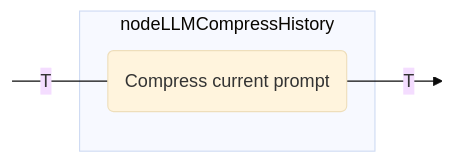
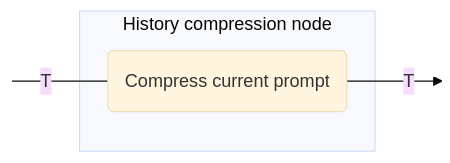
The tenth of 15 diagrams in docs/docs/nodes-and-components.md (JetBrains/koog), drawn with Mermaid (base theme) before and after one commit. The commit also changed other lines of this file and 1 other file, not shown here.

Commit message:
Update wording in History compression and Predefined nodes and components

````diff
--- a/docs/docs/nodes-and-components.md
+++ b/docs/docs/nodes-and-components.md
@@ -480,13 +480,13 @@
 ```mermaid
 graph LR
     in:::hidden
     out:::hidden
     
-    subgraph node ["nodeLLMCompressHistory"]
+    subgraph node ["History compression node"]
         execute(Compress current prompt)
     end
     
     in ---|T| execute --T--> out
 
     classDef hidden display: none;
 ```
````
